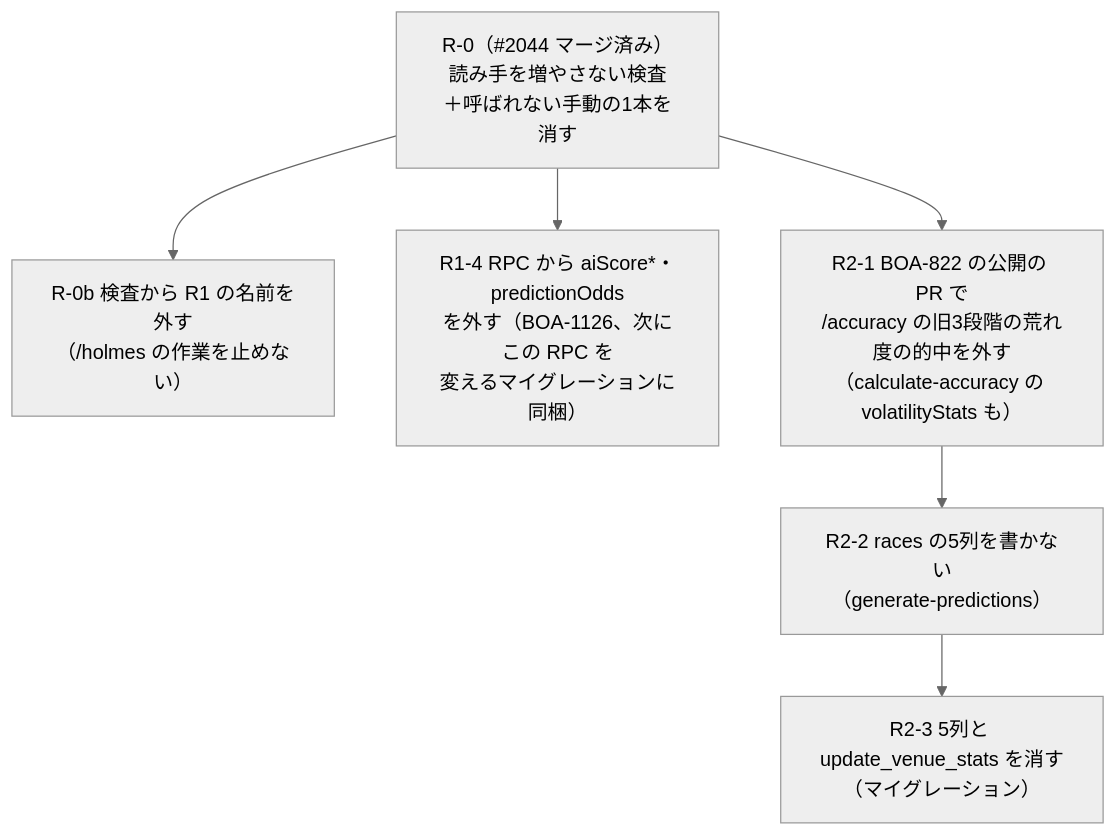
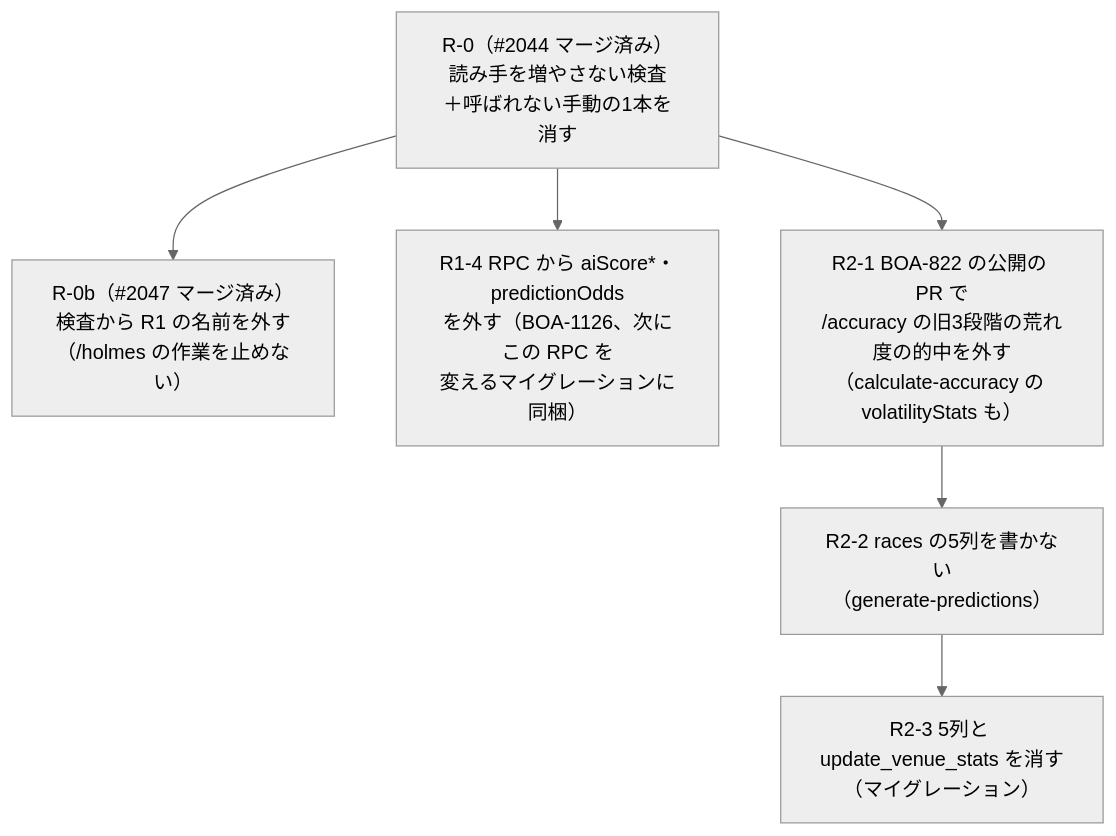
Before and after one commit to rhapsody0919/boatrace-ai-predictor: the diagram in docs/design/legacy-prediction-cleanup/plan.md, drawn with Mermaid (neutral theme). The commit also changed other lines of this file, not shown here.

Commit message:
docs: plan.md の R-0b に #2047（マージ済み）を書き足す

````diff
--- a/docs/design/legacy-prediction-cleanup/plan.md
+++ b/docs/design/legacy-prediction-cleanup/plan.md
@@ -46,12 +46,12 @@
 ```mermaid
 flowchart TD
   R0["R-0（#2044 マージ済み）<br/>読み手を増やさない検査<br/>＋呼ばれない手動の1本を消す"]
-  R0b["R-0b 検査から R1 の名前を外す<br/>（/holmes の作業を止めない）"]
+  R0b["R-0b（#2047 マージ済み）<br/>検査から R1 の名前を外す<br/>（/holmes の作業を止めない）"]
   R14["R1-4 RPC から aiScore*・predictionOdds<br/>を外す（BOA-1126、次にこの RPC を<br/>変えるマイグレーションに同梱）"]
   B822["R2-1 BOA-822 の公開の PR で<br/>/accuracy の旧3段階の荒れ度の的中を外す<br/>（calculate-accuracy の volatilityStats も）"]
   R22["R2-2 races の5列を書かない<br/>（generate-predictions）"]
   R23["R2-3 5列と update_venue_stats を消す<br/>（マイグレーション）"]
   R0 --> R0b
   R0 --> R14
   R0 --> B822 --> R22 --> R23
 ```
````
